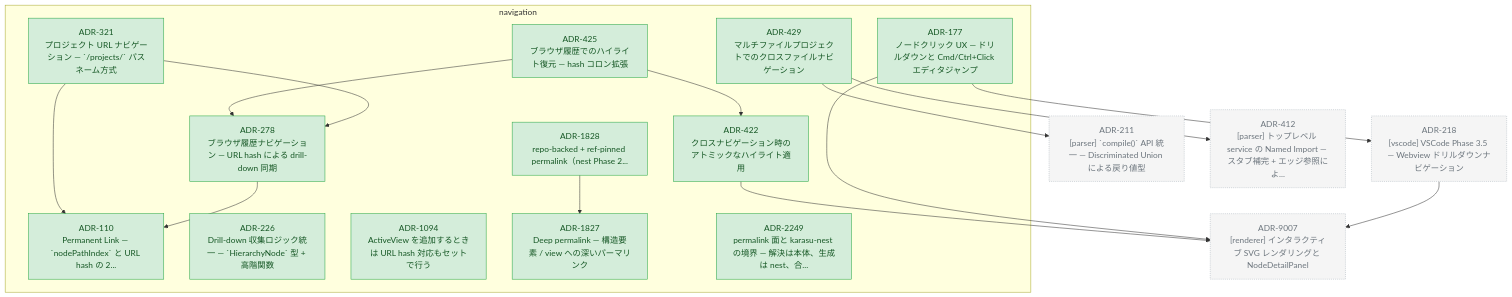
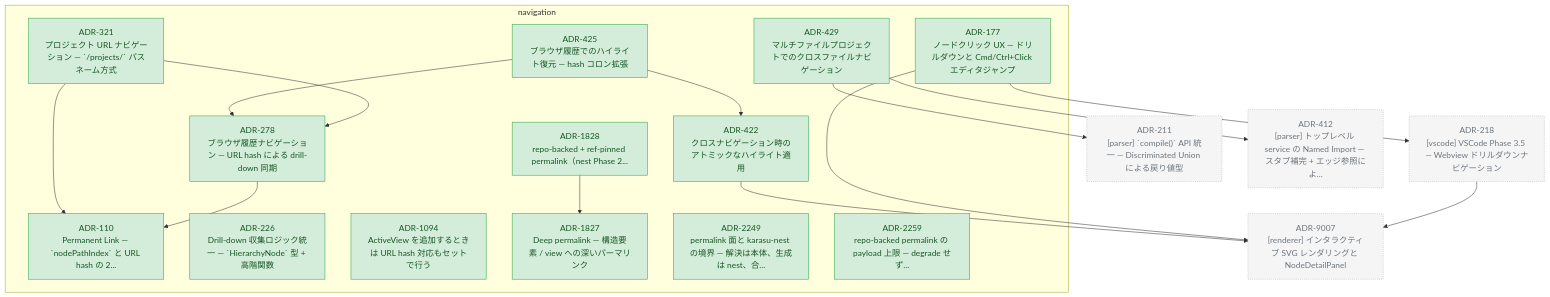
One commit to kompiro/karasu changed the diagram in docs/adr/graph/navigation.md. Above: the diagram before and after it, drawn with Mermaid. The commit also changed other lines of this file and 5 other files, not shown here.

First line of the commit message:
docs(adr): promote the permalink payload cap decision to ADR-2259

````diff
--- a/docs/adr/graph/navigation.md
+++ b/docs/adr/graph/navigation.md
@@ -6,56 +6,58 @@
 ```mermaid
 flowchart TD
   subgraph navigation["navigation"]
     ADR_110["ADR-110<br/>Permanent Link — `nodePathIndex` と URL hash の 2..."]
     ADR_177["ADR-177<br/>ノードクリック UX — ドリルダウンと Cmd/Ctrl+Click エディタジャンプ"]
     ADR_226["ADR-226<br/>Drill-down 収集ロジック統一 — `HierarchyNode` 型 + 高階関数"]
     ADR_278["ADR-278<br/>ブラウザ履歴ナビゲーション — URL hash による drill-down 同期"]
     ADR_321["ADR-321<br/>プロジェクト URL ナビゲーション — `/projects/<uuid>` パスネーム方式"]
     ADR_422["ADR-422<br/>クロスナビゲーション時のアトミックなハイライト適用"]
     ADR_425["ADR-425<br/>ブラウザ履歴でのハイライト復元 — hash コロン拡張"]
     ADR_429["ADR-429<br/>マルチファイルプロジェクトでのクロスファイルナビゲーション"]
     ADR_1094["ADR-1094<br/>ActiveView を追加するときは URL hash 対応もセットで行う"]
     ADR_1827["ADR-1827<br/>Deep permalink — 構造要素 / view への深いパーマリンク"]
     ADR_1828["ADR-1828<br/>repo-backed + ref-pinned permalink（nest Phase 2..."]
     ADR_2249["ADR-2249<br/>permalink 面と karasu-nest の境界 — 解決は本体、生成は nest、合..."]
+    ADR_2259["ADR-2259<br/>repo-backed permalink の payload 上限 — degrade せず..."]
   end
   ADR_211["ADR-211<br/>[parser] `compile()` API 統一 — Discriminated Union による戻り値型"]
   ADR_218["ADR-218<br/>[vscode] VSCode Phase 3.5 — Webview ドリルダウンナビゲーション"]
   ADR_412["ADR-412<br/>[parser] トップレベル service の Named Import — スタブ補完 + エッジ参照によ..."]
   ADR_9007["ADR-9007<br/>[renderer] インタラクティブ SVG レンダリングと NodeDetailPanel"]
   ADR_177 --> ADR_9007
   ADR_177 --> ADR_218
   ADR_278 --> ADR_110
   ADR_321 --> ADR_278
   ADR_321 --> ADR_110
   ADR_422 --> ADR_9007
   ADR_425 --> ADR_422
   ADR_425 --> ADR_278
   ADR_429 --> ADR_412
   ADR_429 --> ADR_211
   ADR_1828 --> ADR_1827
   ADR_218 --> ADR_9007
 
   classDef accepted fill:#d4edda,stroke:#28a745,color:#155724
   classDef proposed fill:#fff3cd,stroke:#ffc107,color:#856404
   classDef deprecated fill:#f8d7da,stroke:#dc3545,color:#721c24
   classDef superseded fill:#e2e3e5,stroke:#6c757d,color:#383d41
   classDef not_adopted fill:#e2e3e5,stroke:#6c757d,color:#383d41,stroke-dasharray:3 3
   classDef ghost fill:#f5f5f5,stroke:#adb5bd,color:#6c757d,stroke-dasharray:2 2
   class ADR_110 accepted
   class ADR_177 accepted
   class ADR_226 accepted
   class ADR_278 accepted
   class ADR_321 accepted
   class ADR_422 accepted
   class ADR_425 accepted
   class ADR_429 accepted
   class ADR_1094 accepted
   class ADR_1827 accepted
   class ADR_1828 accepted
   class ADR_2249 accepted
+  class ADR_2259 accepted
   class ADR_211 ghost
   class ADR_218 ghost
   class ADR_412 ghost
   class ADR_9007 ghost
 ```
````
